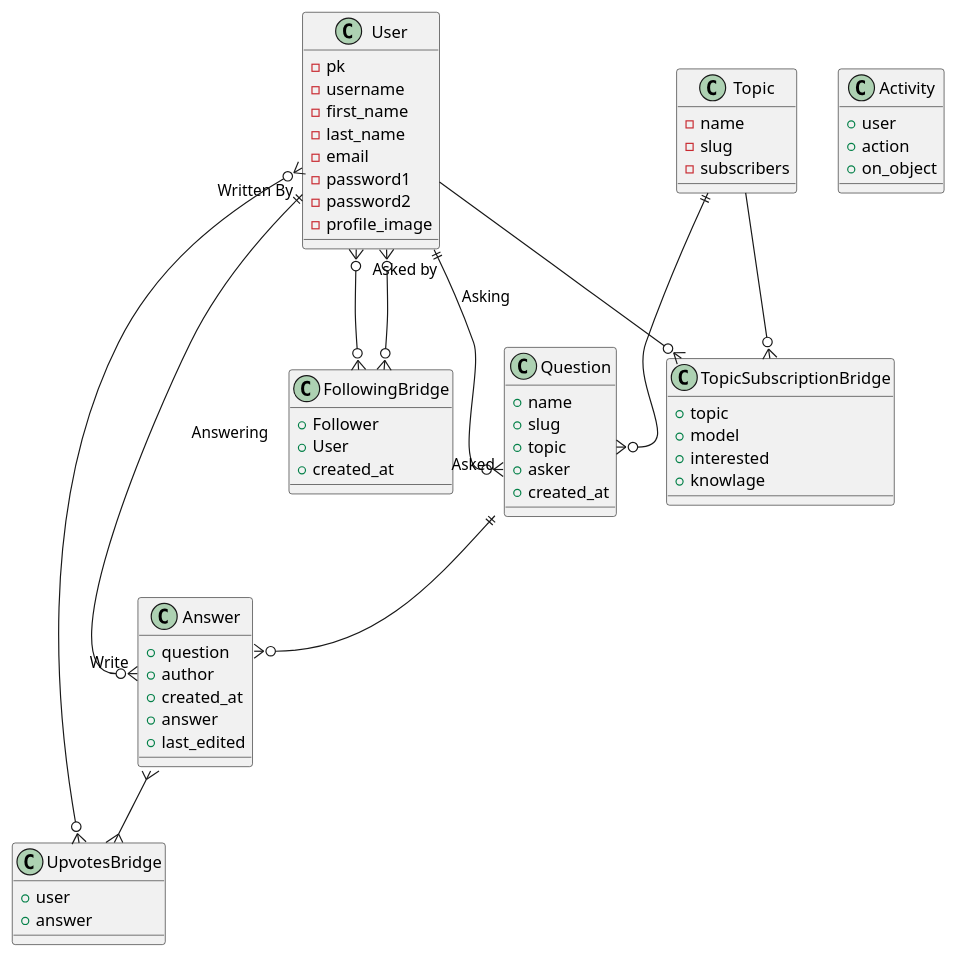
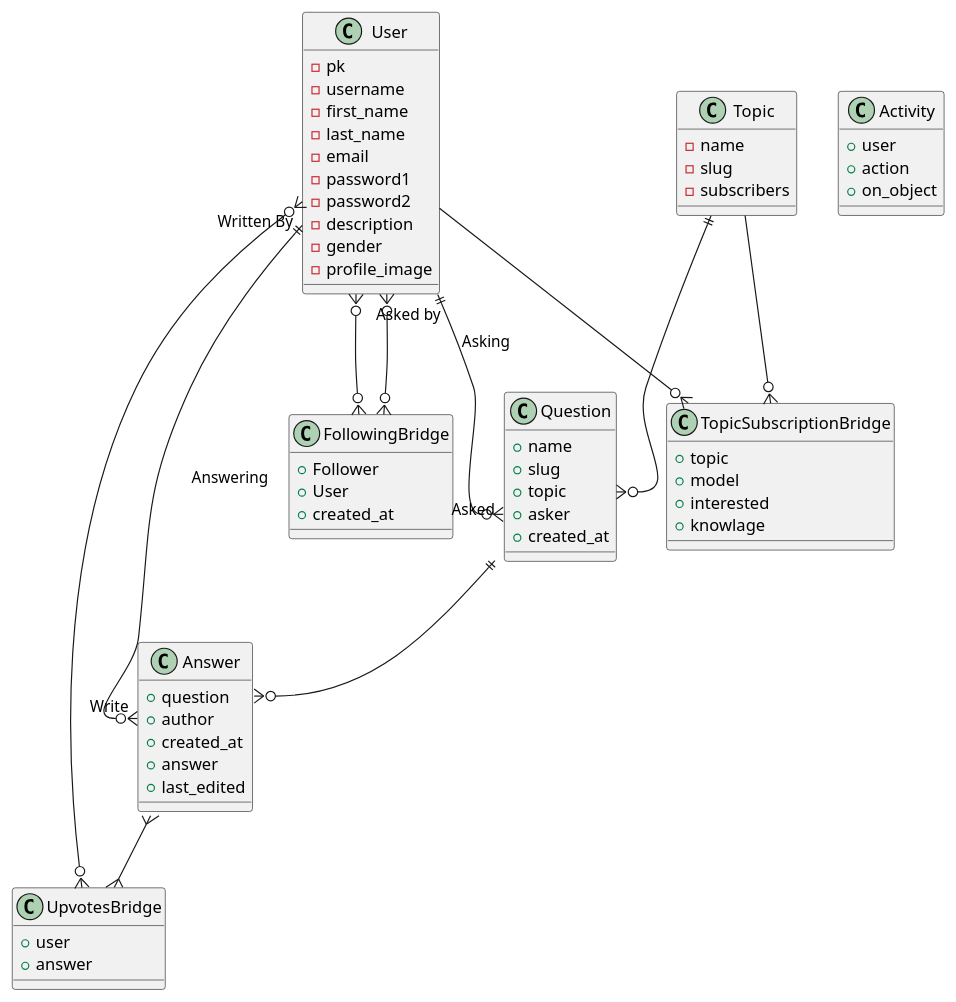
The diagram in quora_clone - models.puml (NightingaleV/quora_clone_project), drawn with PlantUML before and after one commit. The commit also changed 6 other files, not shown here.

```diff
--- a/quora_clone - models.puml
+++ b/quora_clone - models.puml
@@ -1,76 +1,78 @@
 @startuml
 class User {
 - pk
 - username
 - first_name
 - last_name
 - email
 - password1
 - password2
+- description
+- gender
 - profile_image
 }
 
 class FollowingBridge {
 + Follower
 + User
 + created_at
 }
 
 class Topic {
 - name
 - slug
 - subscribers
 }
 
 class Question{
 + name
 + slug
 + topic
 + asker
 + created_at
 }
 
 class Answer {
 + question
 + author
 + created_at
 + answer
 + last_edited
 }
 
 
 User "Asked by" ||--o{ "Asked" Question::asker : Asking
 User "Written By" ||--o{ "Write" Answer::author : Answering
 User }o--o{ FollowingBridge
 FollowingBridge }o--o{ User
 
 User }o--o{ UpvotesBridge
 Answer }--{ UpvotesBridge
 Topic ||--o{ Question::topic
 Question ||--o{ Answer::question
 
 class TopicSubscriptionBridge{
 + topic
 + model
 + interested
 + knowlage
 }
 
 class UpvotesBridge{
 + user
 + answer
 }
 
 User --o{ TopicSubscriptionBridge
 Topic --o{ TopicSubscriptionBridge
 
 
 class Activity{
 + user
 + action
 + on_object
 }
 
 
 
 @enduml
```
